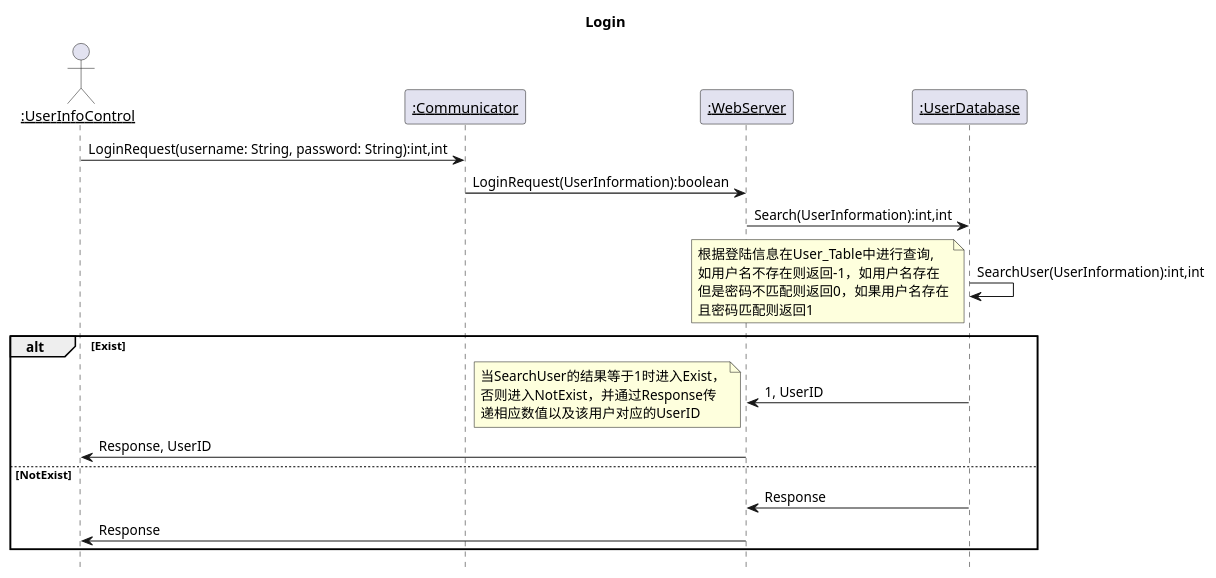
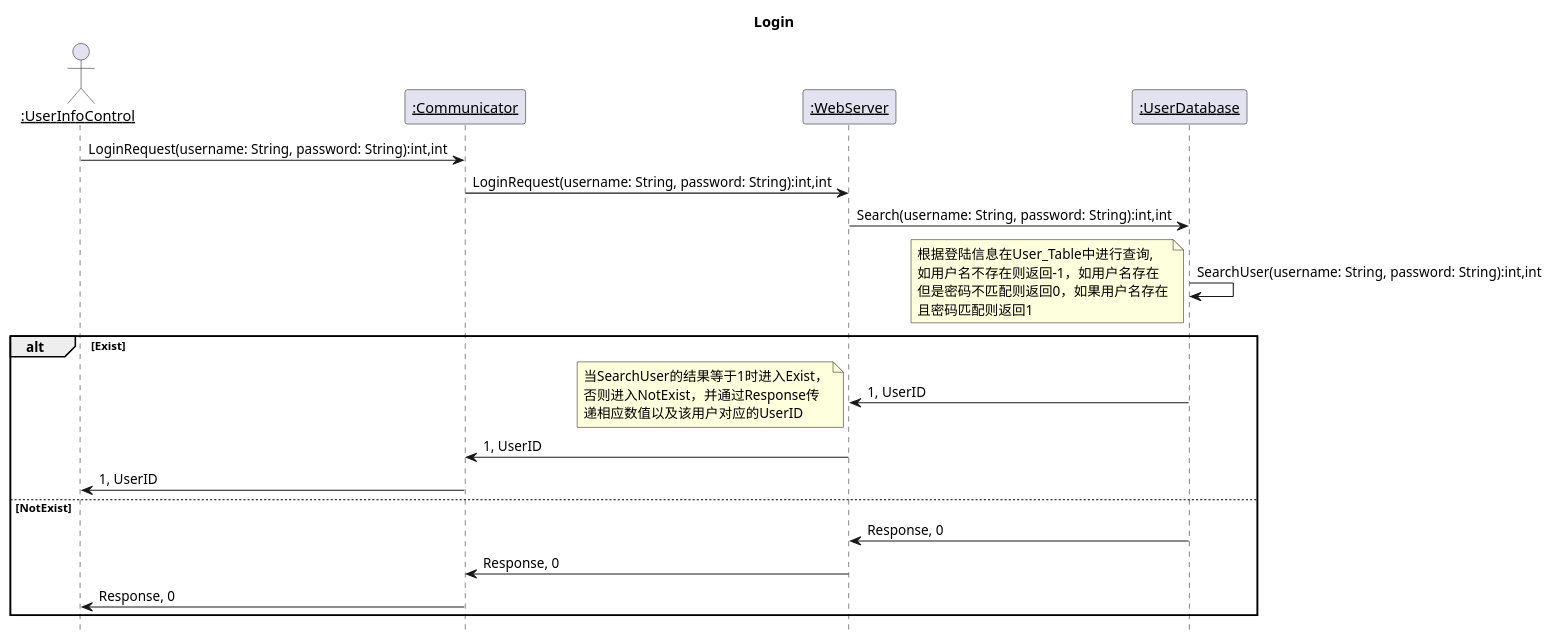
Before and after one commit to kpp19920121/doc: the sixth of 24 diagrams in 设计/顺序图.md, drawn with PlantUML. The commit also changed other lines of this file, not shown here.

````diff
--- a/设计/顺序图.md
+++ b/设计/顺序图.md
@@ -160,24 +163,26 @@
 ```PlantUML
 @startuml
 hide footbox
 title Login
 skinparam sequenceParticipant underline
 actor ":UserInfoControl" as Client
 participant ":Communicator" as Communicator
 participant ":WebServer" as WebServer
 participant ":UserDatabase" as UserDatabase
 Client->Communicator:LoginRequest(username: String, password: String):int,int
-Communicator->WebServer:LoginRequest(UserInformation):boolean
-WebServer->UserDatabase:Search(UserInformation):int,int
-UserDatabase->UserDatabase:SearchUser(UserInformation):int,int
+Communicator->WebServer:LoginRequest(username: String, password: String):int,int
+WebServer->UserDatabase:Search(username: String, password: String):int,int
+UserDatabase->UserDatabase:SearchUser(username: String, password: String):int,int
 note left:根据登陆信息在User_Table中进行查询,\n如用户名不存在则返回-1，如用户名存在\n但是密码不匹配则返回0，如果用户名存在\n且密码匹配则返回1
 alt Exist
   UserDatabase->WebServer:1, UserID
   note left: 当SearchUser的结果等于1时进入Exist，\n否则进入NotExist，并通过Response传\n递相应数值以及该用户对应的UserID
-  WebServer->Client:Response, UserID
+  WebServer->Communicator:1, UserID
+  Communicator->Client:1, UserID
 else NotExist
-  UserDatabase->WebServer:Response
-  WebServer->Client:Response
+  UserDatabase->WebServer:Response, 0
+  WebServer->Communicator:Response, 0
+  Communicator->Client:Response, 0
 end
 @enduml
 ```
````
